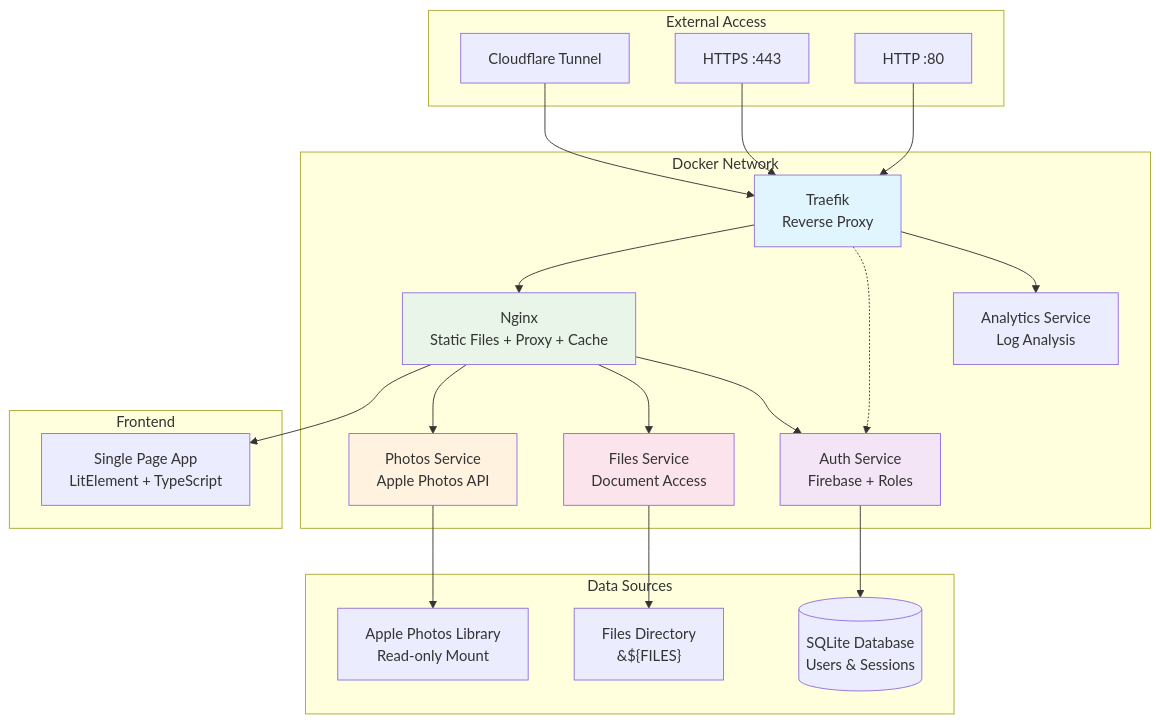
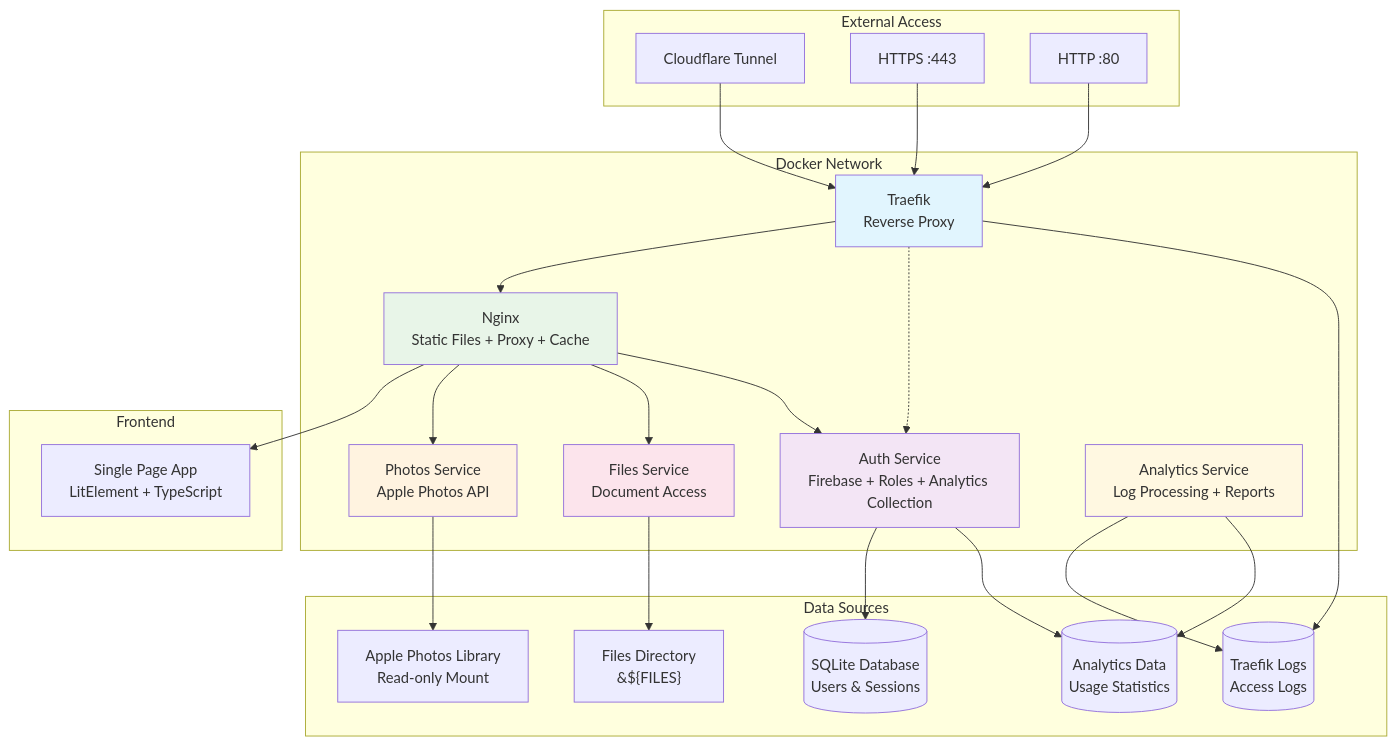
Before and after one commit to iot49/photo-web: the first of 3 diagrams in projectBrief.md, drawn with Mermaid. The commit also changed other lines of this file and 3 other files, not shown here.

Commit message:
update documentation for analytics service

````diff
--- a/projectBrief.md
+++ b/projectBrief.md
@@ -22,50 +22,56 @@
 ```mermaid
 graph TB
     subgraph "External Access"
         CF[Cloudflare Tunnel]
         HTTPS[HTTPS :443]
         HTTP[HTTP :80]
     end
     
     subgraph "Docker Network"
         T[Traefik<br/>Reverse Proxy]
-        A[Auth Service<br/>Firebase + Roles]
+        A[Auth Service<br/>Firebase + Roles + Analytics Collection]
         N[Nginx<br/>Static Files + Proxy + Cache]
         P[Photos Service<br/>Apple Photos API]
         F[Files Service<br/>Document Access]
-        AN[Analytics Service<br/>Log Analysis]
+        AN[Analytics Service<br/>Log Processing + Reports]
     end
     
     subgraph "Frontend"
         SPA[Single Page App<br/>LitElement + TypeScript]
     end
     
     subgraph "Data Sources"
         APL[Apple Photos Library<br/>Read-only Mount]
         FD["Files Directory<br/>&#36;{FILES}"]
         DB[("SQLite Database<br/>Users & Sessions")]
+        TL[("Traefik Logs<br/>Access Logs")]
+        AD[("Analytics Data<br/>Usage Statistics")]
     end
     
     CF --> T
     HTTPS --> T
     HTTP --> T
     
     T --> N
     T -.-> A
-    T --> AN
+    T --> TL
     
     N --> SPA
     N --> P
     N --> F
     N --> A
     
     A --> DB
+    A --> AD
     P --> APL
     F --> FD
+    AN --> TL
+    AN --> AD
     
     style T fill:#e1f5fe
     style A fill:#f3e5f5
     style N fill:#e8f5e8
     style P fill:#fff3e0
     style F fill:#fce4ec
+    style AN fill:#fff8e1
 ```
````
